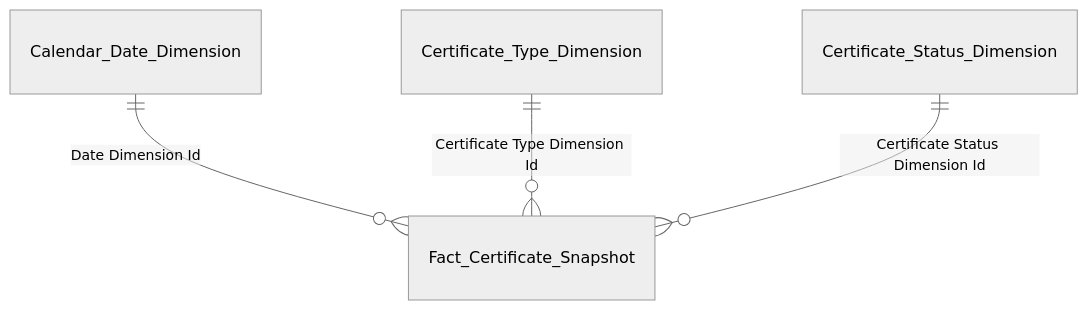
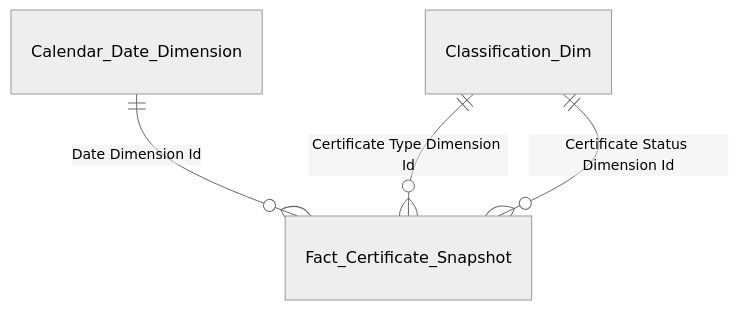
One commit to linhlvit/ubck_atomic_design changed the seventh of 21 diagrams in Gold/hld/GOLD_NHNCK_HLD.md. Above: the diagram before and after it, drawn with Mermaid (neutral theme). The commit also changed other lines of this file and 1 other file, not shown here.

````diff
--- a/Gold/hld/GOLD_NHNCK_HLD.md
+++ b/Gold/hld/GOLD_NHNCK_HLD.md
@@ -165,6 +166,6 @@
 ```mermaid
 erDiagram
     Calendar_Date_Dimension ||--o{ Fact_Certificate_Snapshot : "Date Dimension Id"
-    Certificate_Type_Dimension ||--o{ Fact_Certificate_Snapshot : "Certificate Type Dimension Id"
-    Certificate_Status_Dimension ||--o{ Fact_Certificate_Snapshot : "Certificate Status Dimension Id"
+    Classification_Dim ||--o{ Fact_Certificate_Snapshot : "Certificate Type Dimension Id"
+    Classification_Dim ||--o{ Fact_Certificate_Snapshot : "Certificate Status Dimension Id"
 ```
````
